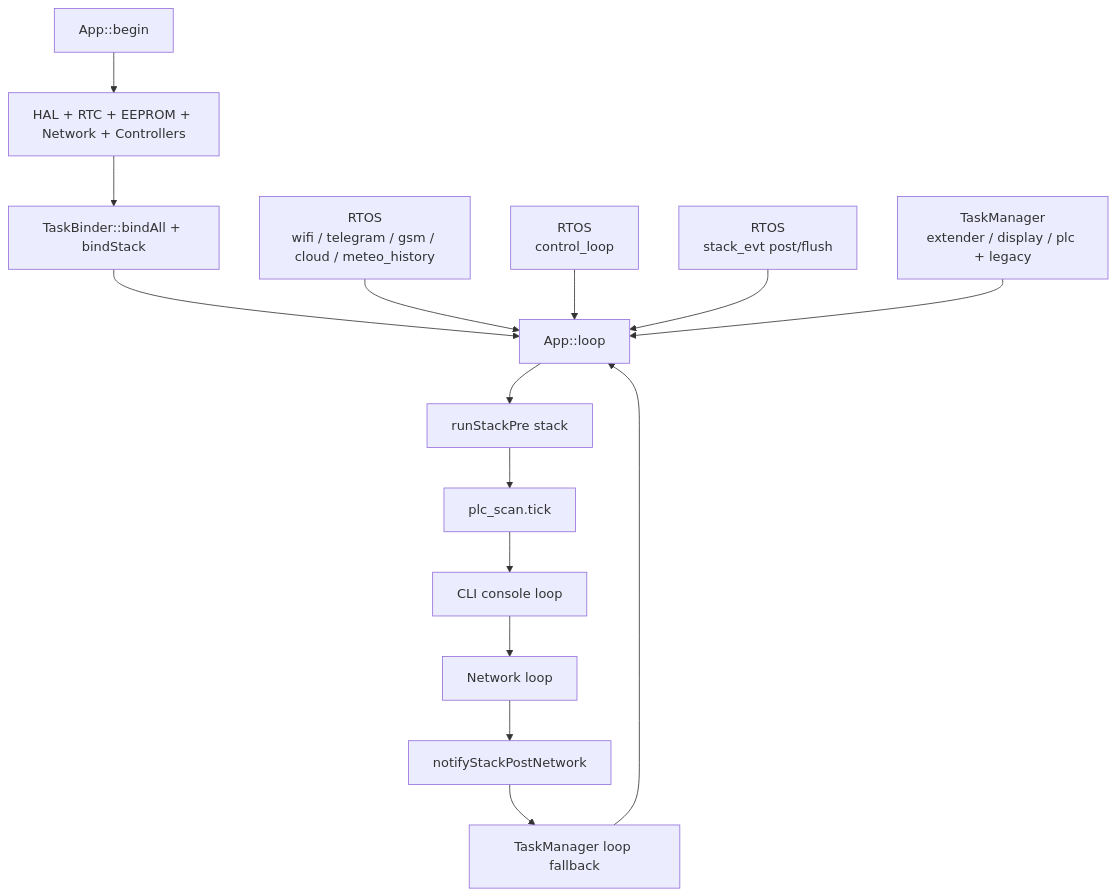
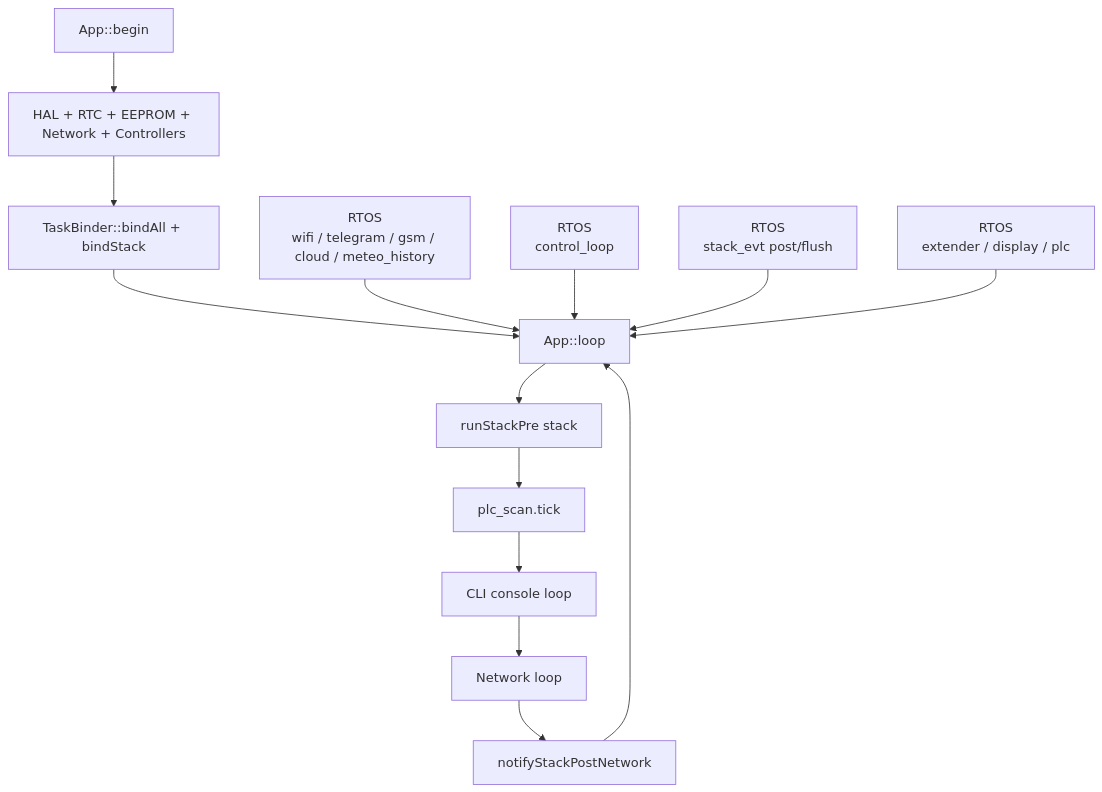
The second of 2 diagrams in README.md (Denisov-Foundation-Limited/plc-esp2), drawn with Mermaid before and after one commit. The commit also changed other lines of this file and 35 other files, not shown here.

Commit message:
RTOS migration: remove TaskManager, add bus locks, harden stack/gsm concurrency

````diff
--- a/README.md
+++ b/README.md
@@ -51,19 +51,18 @@
 ```mermaid
 flowchart TD
   START[App::begin] --> INIT[HAL + RTC + EEPROM + Network + Controllers]
   INIT --> BIND[TaskBinder::bindAll + bindStack]
   BIND --> LOOP[App::loop]
 
   LOOP --> PRE[runStackPre stack]
   PRE --> PLCSCAN[plc_scan.tick]
   PLCSCAN --> CONSOLE[CLI console loop]
   CONSOLE --> NETLOOP[Network loop]
   NETLOOP --> POSTSIG[notifyStackPostNetwork]
-  POSTSIG --> TMLOOP[TaskManager loop fallback]
-  TMLOOP --> LOOP
+  POSTSIG --> LOOP
 
   RTOSNET[RTOS\nwifi / telegram / gsm / cloud / meteo_history] --> LOOP
   RTOSCTRL[RTOS\ncontrol_loop] --> LOOP
   STACKEVT[RTOS\nstack_evt post/flush] --> LOOP
-  COOPIO[TaskManager\nextender / display / plc + legacy] --> LOOP
+  RTOSIO[RTOS\nextender / display / plc] --> LOOP
 ```
````
